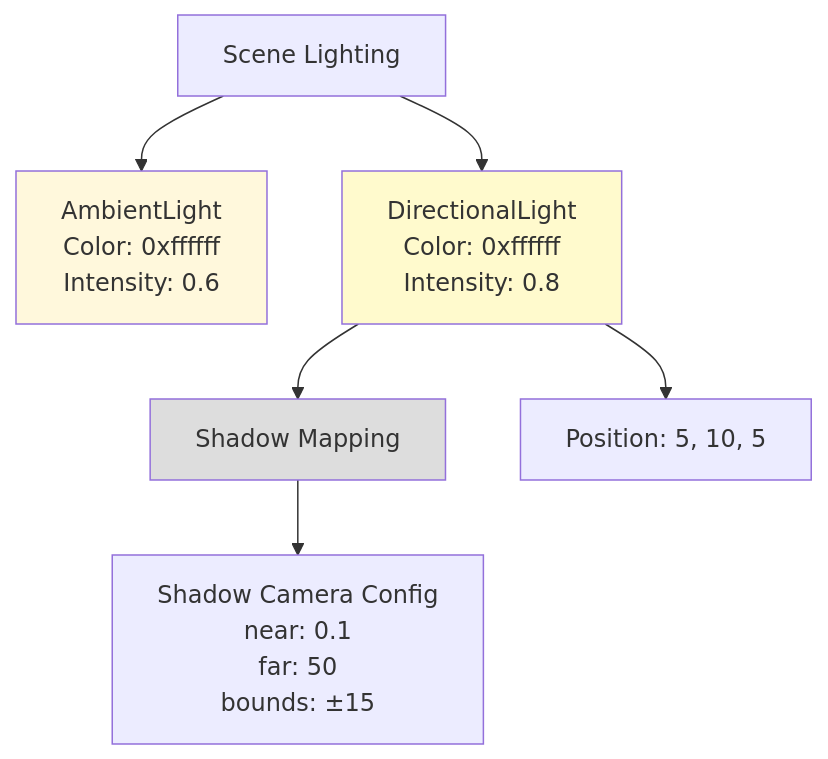
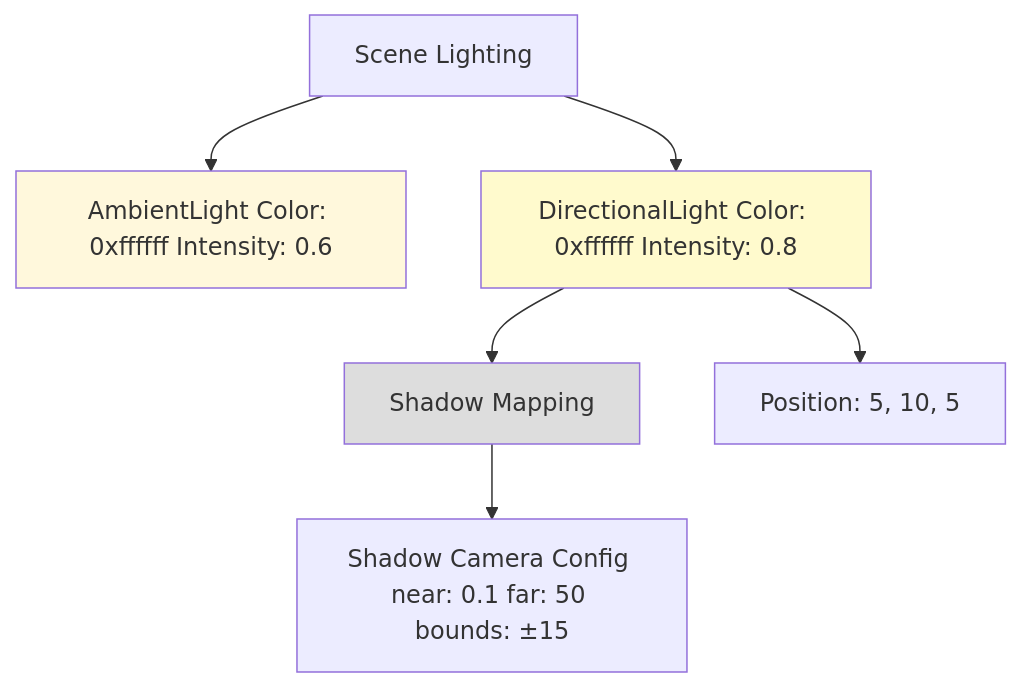
The third of 15 diagrams in wiki/Frontend-3D.md (softwarewrighter/shut_the_box), drawn with Mermaid before and after one commit. The commit also changed other lines of this file and 5 other files, not shown here.

````diff
--- a/wiki/Frontend-3D.md
+++ b/wiki/Frontend-3D.md
@@ -92,14 +92,14 @@
 ```mermaid
 graph TD
-    LIGHTING[Scene Lighting] --> AMBIENT[AmbientLight<br/>Color: 0xffffff<br/>Intensity: 0.6]
-    LIGHTING --> DIR[DirectionalLight<br/>Color: 0xffffff<br/>Intensity: 0.8]
+    LIGHTING[Scene Lighting] --> AMBIENT[AmbientLight Color: 0xffffff Intensity: 0.6]
+    LIGHTING --> DIR[DirectionalLight Color: 0xffffff Intensity: 0.8]
 
     DIR --> SHADOW[Shadow Mapping]
-    SHADOW --> CONFIG[Shadow Camera Config<br/>near: 0.1<br/>far: 50<br/>bounds: ±15]
+    SHADOW --> CONFIG[Shadow Camera Config near: 0.1 far: 50 bounds: ±15]
 
     DIR --> POS[Position: 5, 10, 5]
 
     style AMBIENT fill:#fff8dc
     style DIR fill:#fffacd
     style SHADOW fill:#ddd
 ```
````
